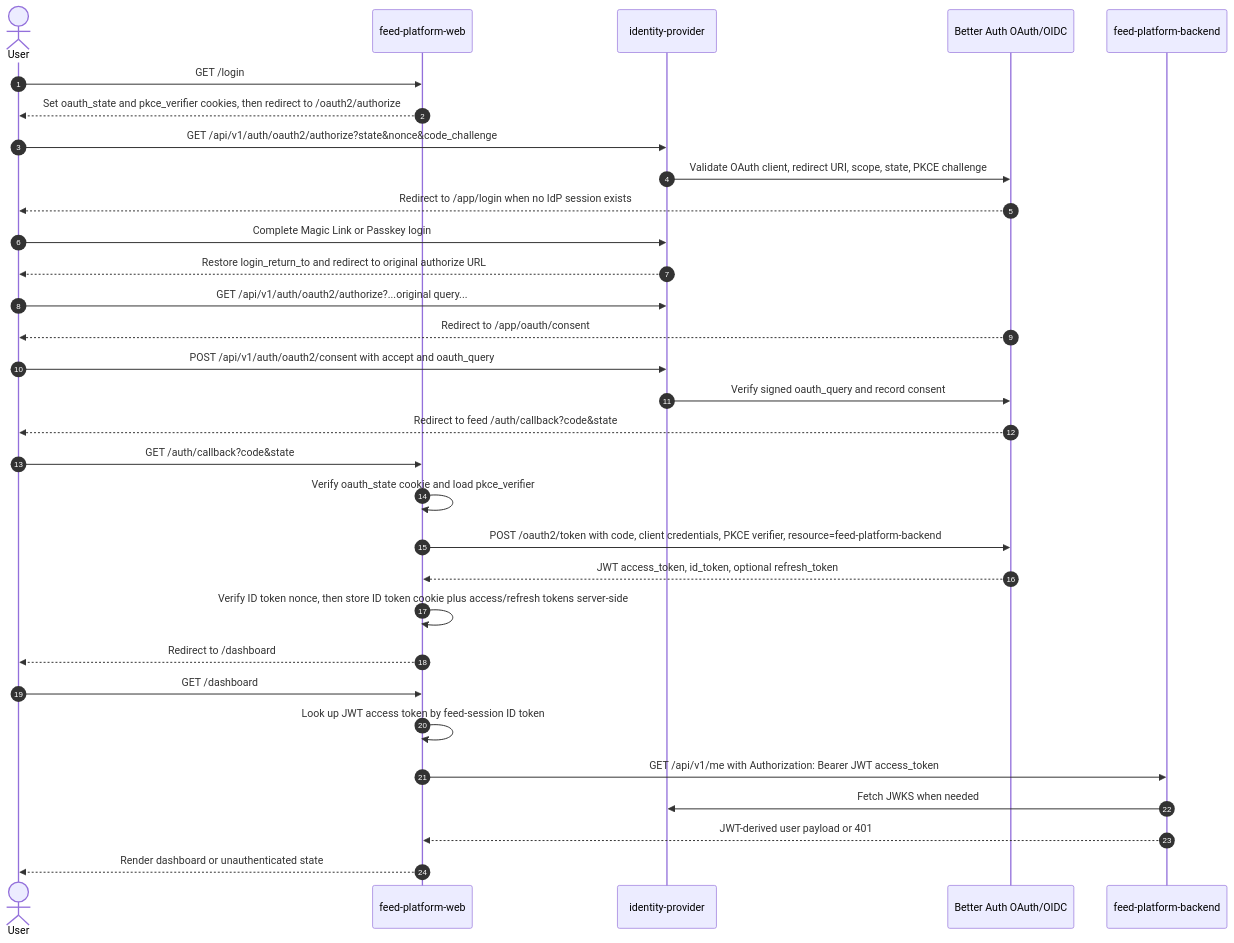
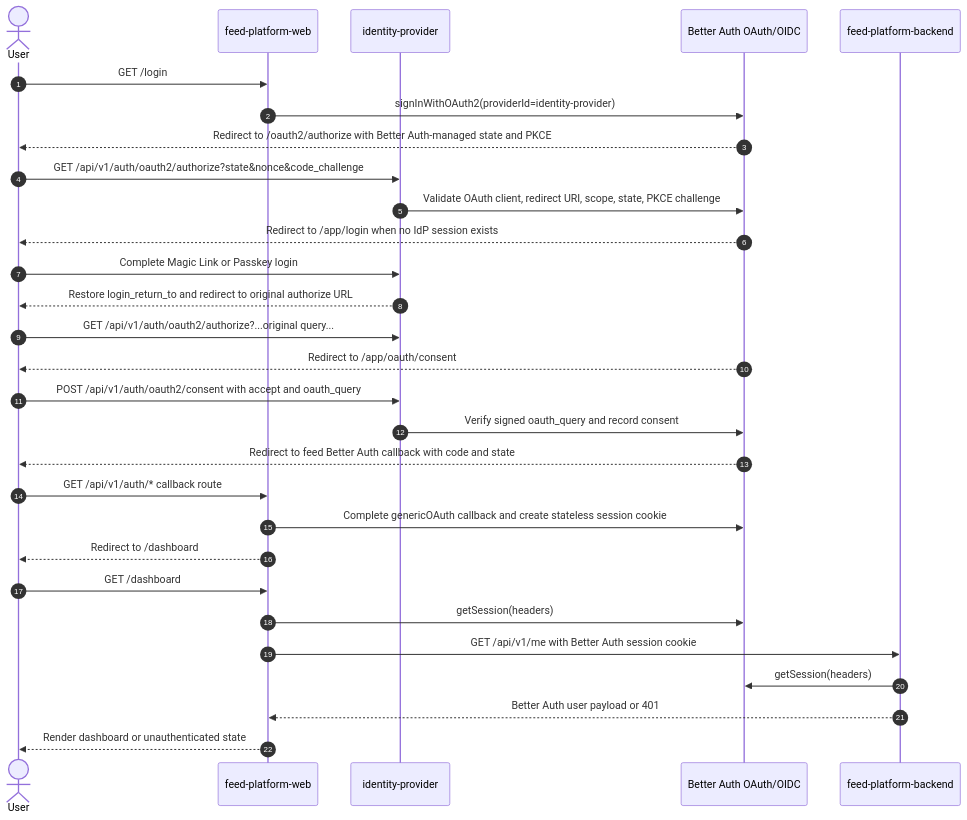
Before and after one commit to totto2727-org/monorepo: the diagram in js/app/identity-provider/docs/auth-flow.md, drawn with Mermaid. The commit also changed other lines of this file and 32 other files, not shown here.

Commit message:
refactor(auth): use better auth stateless sessions

````diff
--- a/js/app/identity-provider/docs/auth-flow.md
+++ b/js/app/identity-provider/docs/auth-flow.md
@@ -32,34 +32,32 @@
 ```mermaid
 sequenceDiagram
   autonumber
   actor User
   participant Web as feed-platform-web
   participant IdP as identity-provider
   participant BetterAuth as Better Auth OAuth/OIDC
   participant Backend as feed-platform-backend
 
   User->>Web: GET /login
-  Web-->>User: Set oauth_state and pkce_verifier cookies, then redirect to /oauth2/authorize
+  Web->>BetterAuth: signInWithOAuth2(providerId=identity-provider)
+  BetterAuth-->>User: Redirect to /oauth2/authorize with Better Auth-managed state and PKCE
   User->>IdP: GET /api/v1/auth/oauth2/authorize?state&nonce&code_challenge
   IdP->>BetterAuth: Validate OAuth client, redirect URI, scope, state, PKCE challenge
   BetterAuth-->>User: Redirect to /app/login when no IdP session exists
   User->>IdP: Complete Magic Link or Passkey login
   IdP-->>User: Restore login_return_to and redirect to original authorize URL
   User->>IdP: GET /api/v1/auth/oauth2/authorize?...original query...
   BetterAuth-->>User: Redirect to /app/oauth/consent
   User->>IdP: POST /api/v1/auth/oauth2/consent with accept and oauth_query
   IdP->>BetterAuth: Verify signed oauth_query and record consent
-  BetterAuth-->>User: Redirect to feed /auth/callback?code&state
-  User->>Web: GET /auth/callback?code&state
-  Web->>Web: Verify oauth_state cookie and load pkce_verifier
-  Web->>BetterAuth: POST /oauth2/token with code, client credentials, PKCE verifier, resource=feed-platform-backend
-  BetterAuth-->>Web: JWT access_token, id_token, optional refresh_token
-  Web->>Web: Verify ID token nonce, then store ID token cookie plus access/refresh tokens server-side
+  BetterAuth-->>User: Redirect to feed Better Auth callback with code and state
+  User->>Web: GET /api/v1/auth/* callback route
+  Web->>BetterAuth: Complete genericOAuth callback and create stateless session cookie
   Web-->>User: Redirect to /dashboard
   User->>Web: GET /dashboard
-  Web->>Web: Look up JWT access token by feed-session ID token
-  Web->>Backend: GET /api/v1/me with Authorization: Bearer JWT access_token
-  Backend->>IdP: Fetch JWKS when needed
-  Backend-->>Web: JWT-derived user payload or 401
+  Web->>BetterAuth: getSession(headers)
+  Web->>Backend: GET /api/v1/me with Better Auth session cookie
+  Backend->>BetterAuth: getSession(headers)
+  Backend-->>Web: Better Auth user payload or 401
   Web-->>User: Render dashboard or unauthenticated state
 ```
````
